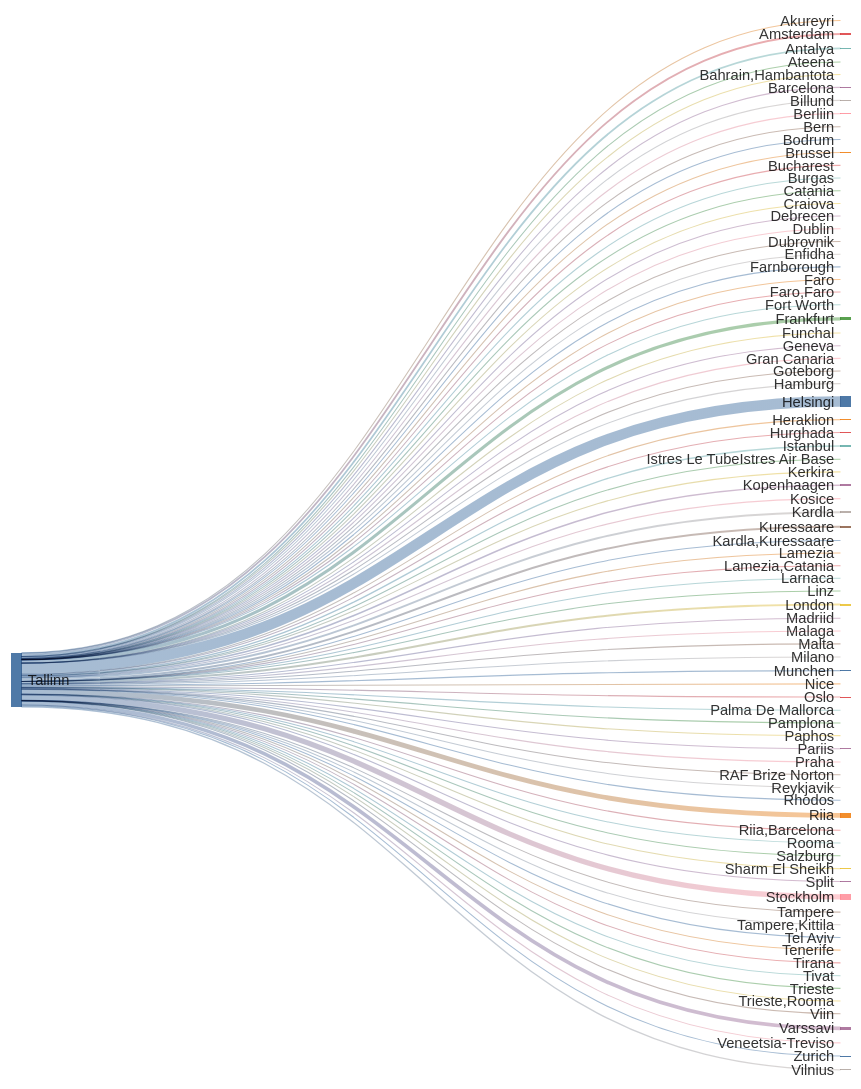
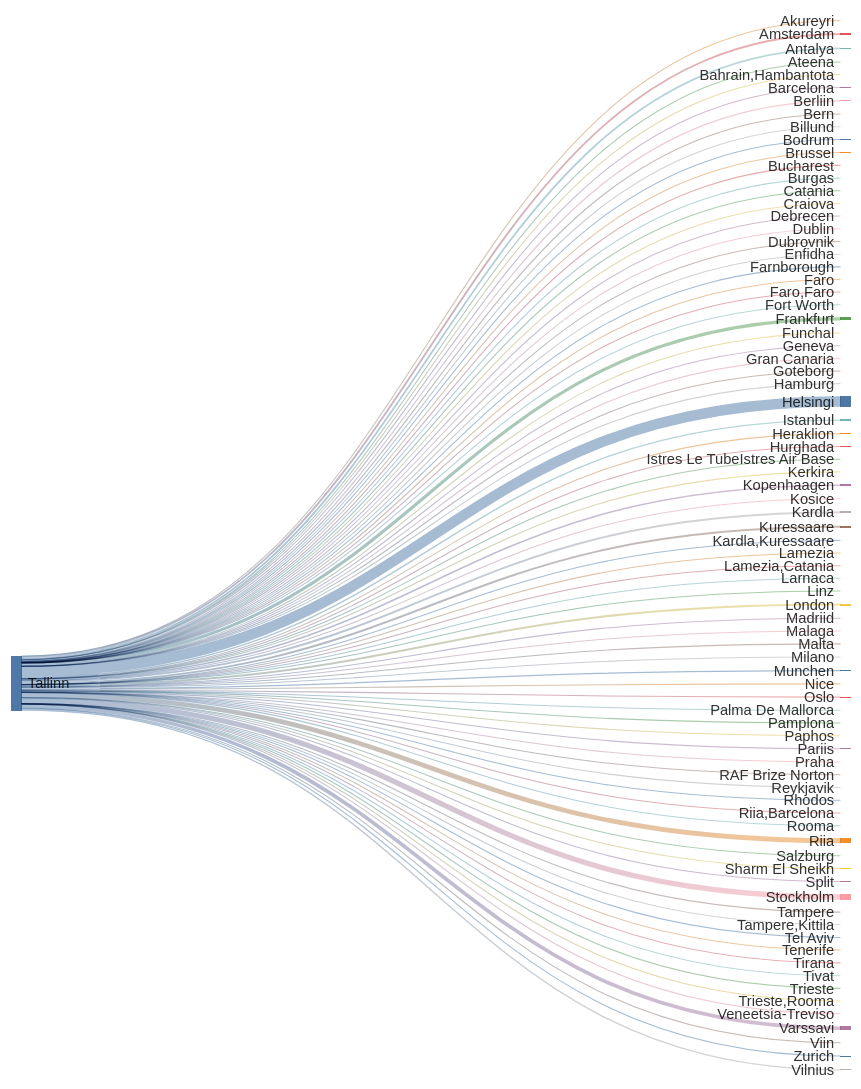
The second of 2 diagrams in README.md (rainermesi/tll-airport-departures), drawn with Mermaid before and after one commit. The commit also changed other lines of this file and 1 other file, not shown here.

````diff
--- a/README.md
+++ b/README.md
@@ -42,16 +42,16 @@
 sankey-beta
 %% source,target,value
 Tallinn,Akureyri,1
-Tallinn,Amsterdam,595
-Tallinn,Antalya,579
+Tallinn,Amsterdam,597
+Tallinn,Antalya,582
 Tallinn,Ateena,16
 Tallinn,"Bahrain,Hambantota",1
 Tallinn,Barcelona,167
-Tallinn,Berliin,370
+Tallinn,Berliin,372
 Tallinn,Bern,1
 Tallinn,Billund,87
 Tallinn,Bodrum,15
-Tallinn,Brussel,228
+Tallinn,Brussel,229
 Tallinn,Bucharest,1
 Tallinn,Burgas,67
 Tallinn,Catania,2
@@ -64,50 +64,50 @@
 Tallinn,Faro,4
 Tallinn,"Faro,Faro",1
 Tallinn,Fort Worth,1
-Tallinn,Frankfurt,1034
-Tallinn,Funchal,9
+Tallinn,Frankfurt,1036
+Tallinn,Funchal,10
 Tallinn,Geneva,13
 Tallinn,Gran Canaria,38
 Tallinn,Goteborg,2
 Tallinn,Hamburg,2
-Tallinn,Helsingi,3466
+Tallinn,Helsingi,3475
 Tallinn,Heraklion,141
-Tallinn,Hurghada,78
-Tallinn,Istanbul,449
+Tallinn,Hurghada,79
+Tallinn,Istanbul,451
 Tallinn,Istres Le TubeIstres Air Base,2
 Tallinn,Kerkira,4
-Tallinn,Kopenhaagen,510
+Tallinn,Kopenhaagen,513
 Tallinn,Kosice,1
-Tallinn,Kuressaare,656
-Tallinn,Kardla,658
+Tallinn,Kuressaare,658
+Tallinn,Kardla,660
 Tallinn,"Kardla,Kuressaare",1
 Tallinn,Lamezia,6
 Tallinn,"Lamezia,Catania",3
 Tallinn,Larnaca,9
 Tallinn,Linz,2
-Tallinn,London,670
+Tallinn,London,671
 Tallinn,Madriid,5
 Tallinn,Malaga,143
 Tallinn,Malta,37
 Tallinn,Milano,288
-Tallinn,Munchen,374
+Tallinn,Munchen,376
 Tallinn,Nice,68
-Tallinn,Oslo,348
+Tallinn,Oslo,349
 Tallinn,Palma De Mallorca,41
 Tallinn,Pamplona,1
 Tallinn,Paphos,66
-Tallinn,Pariis,310
+Tallinn,Pariis,312
 Tallinn,Praha,103
 Tallinn,RAF Brize Norton,1
 Tallinn,Reykjavik,20
-Tallinn,Rhodos,75
-Tallinn,Riia,1578
+Tallinn,Rhodos,76
+Tallinn,Riia,1582
 Tallinn,"Riia,Barcelona",1
 Tallinn,Rooma,80
 Tallinn,Salzburg,14
 Tallinn,Sharm El Sheikh,124
 Tallinn,Split,69
-Tallinn,Stockholm,1739
+Tallinn,Stockholm,1744
 Tallinn,Tampere,17
 Tallinn,"Tampere,Kittila",21
 Tallinn,Tel Aviv,2
@@ -116,11 +116,11 @@
 Tallinn,Tivat,80
 Tallinn,Trieste,1
 Tallinn,"Trieste,Rooma",1
-Tallinn,Varssavi,1204
+Tallinn,Varssavi,1207
 Tallinn,Veneetsia-Treviso,67
 Tallinn,Viin,106
-Tallinn,Vilnius,440
-Tallinn,Zurich,312
+Tallinn,Vilnius,442
+Tallinn,Zurich,313
 
 
 ```
````
